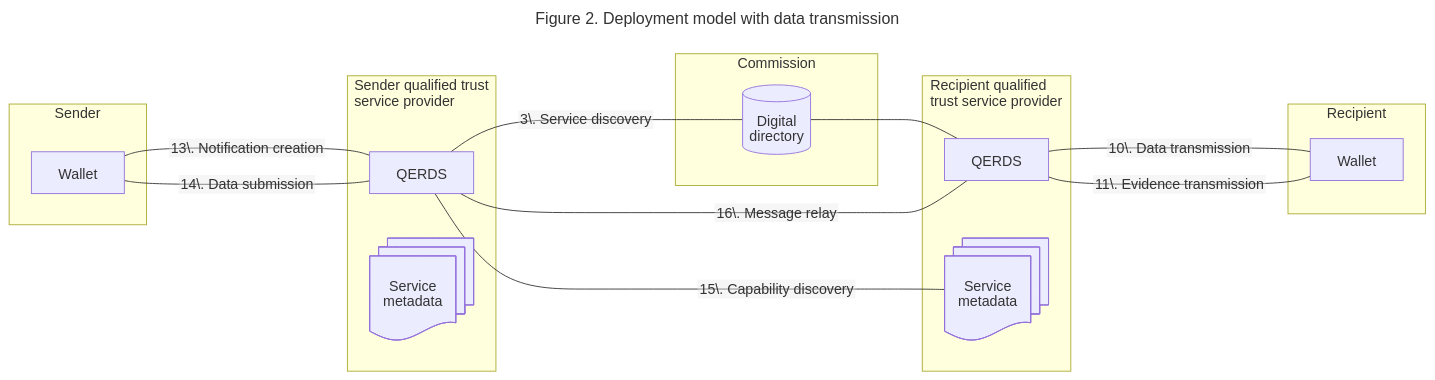
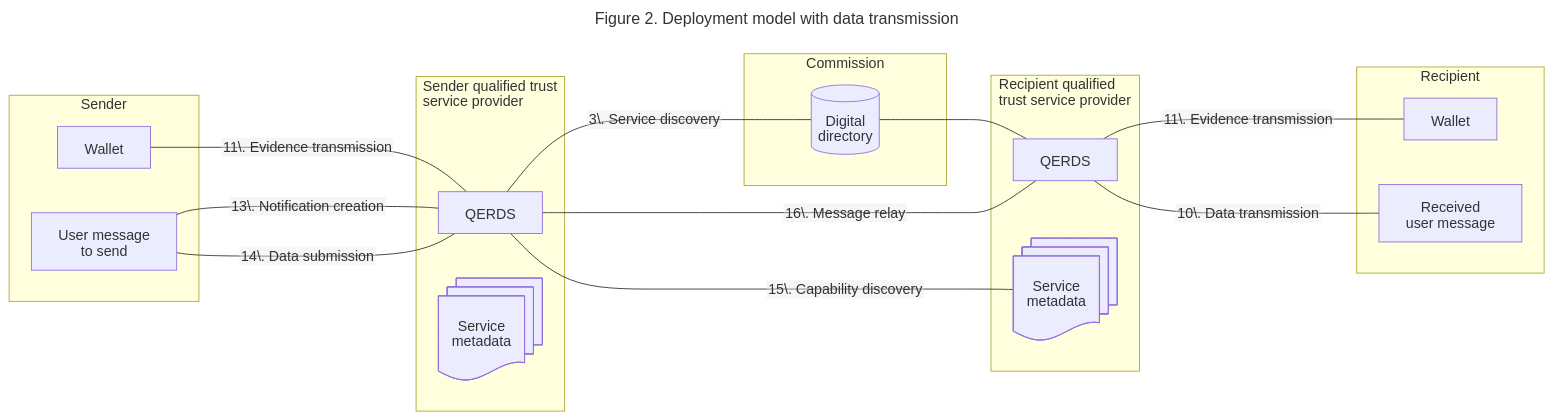
The second of 3 diagrams in docs/qerds/architecture.md (webuild-consortium/wp4-qtsp-group), drawn with Mermaid before and after one commit. The commit also changed other lines of this file, not shown here.

Commit message:
Clarify that ERDS user data does not need to go through wallets

````diff
--- a/docs/qerds/architecture.md
+++ b/docs/qerds/architecture.md
@@ -122,42 +122,47 @@
 ```mermaid
 ---
 title: Figure 2. Deployment model with data transmission
 config:
   htmlLabels: false
   markdownAutoWrap: true
   flowchart:
     #defaultRenderer: "elk"
 ---
 flowchart LR
 subgraph Sender
     S-Wallet[Wallet]
+    S-Msg[User message
+    to send]
 end
 subgraph S-TSP[Sender qualified trust
 service provider]
     S-ERDS[QERDS]
     S-SMP[Service
     metadata]@{shape: docs}
 end
 subgraph COM[Commission]
     DD[Digital
     directory]@{shape: cyl}
 end
 subgraph R-TSP[Recipient qualified
 trust service provider]
     R-ERDS[QERDS]
     R-SMP[Service
     metadata]@{shape: docs}
 end
 subgraph Recipient
     R-Wallet[Wallet]
+    R-Msg[Received
+    user message]
 end
 
-S-Wallet ---|13\. Notification creation| S-ERDS
-S-Wallet ---|14\. Data submission| S-ERDS
+S-Wallet ---|11\. Evidence transmission| S-ERDS
+S-Msg ---|13\. Notification creation| S-ERDS
+S-Msg ---|14\. Data submission| S-ERDS
 S-ERDS ---|3\. Service discovery| DD
 DD --- R-ERDS
 S-ERDS ---|15\. Capability discovery| R-SMP
 S-ERDS ---|16\. Message relay| R-ERDS
-R-ERDS ---|10\. Data transmission| R-Wallet
+R-ERDS ---|10\. Data transmission| R-Msg
 R-ERDS ---|11\. Evidence transmission| R-Wallet
 ```
````
